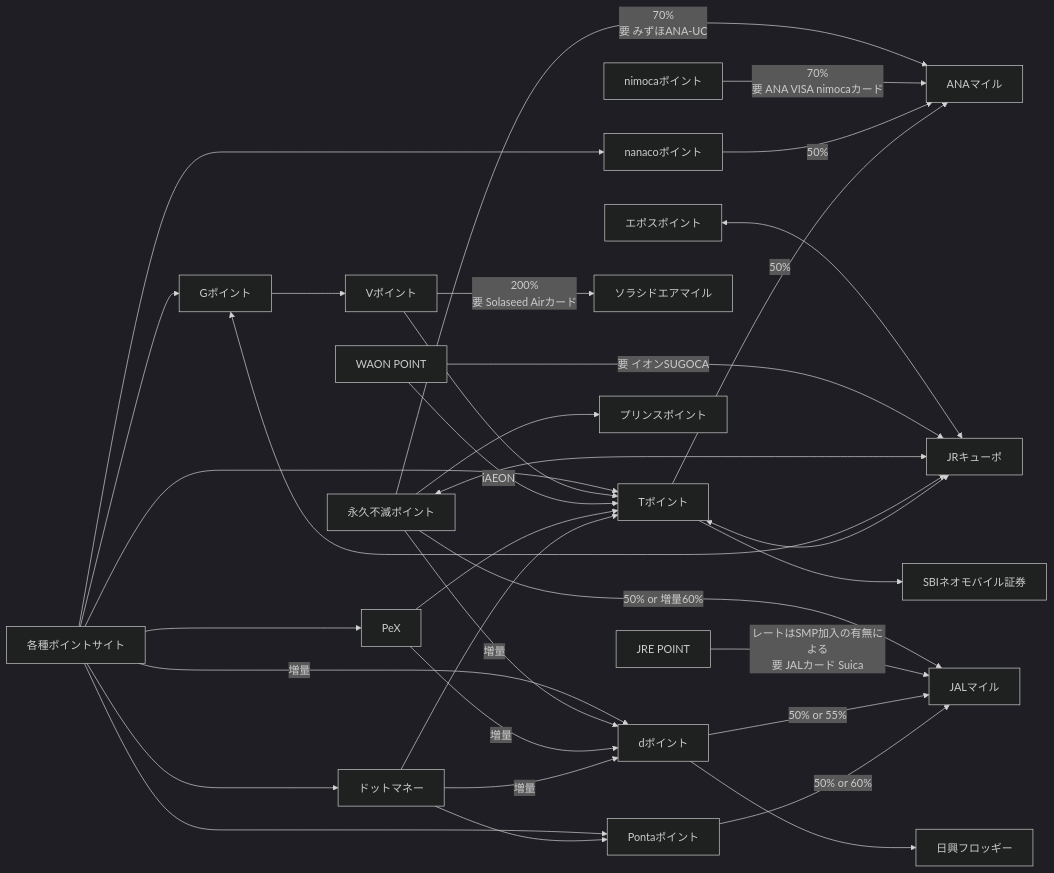
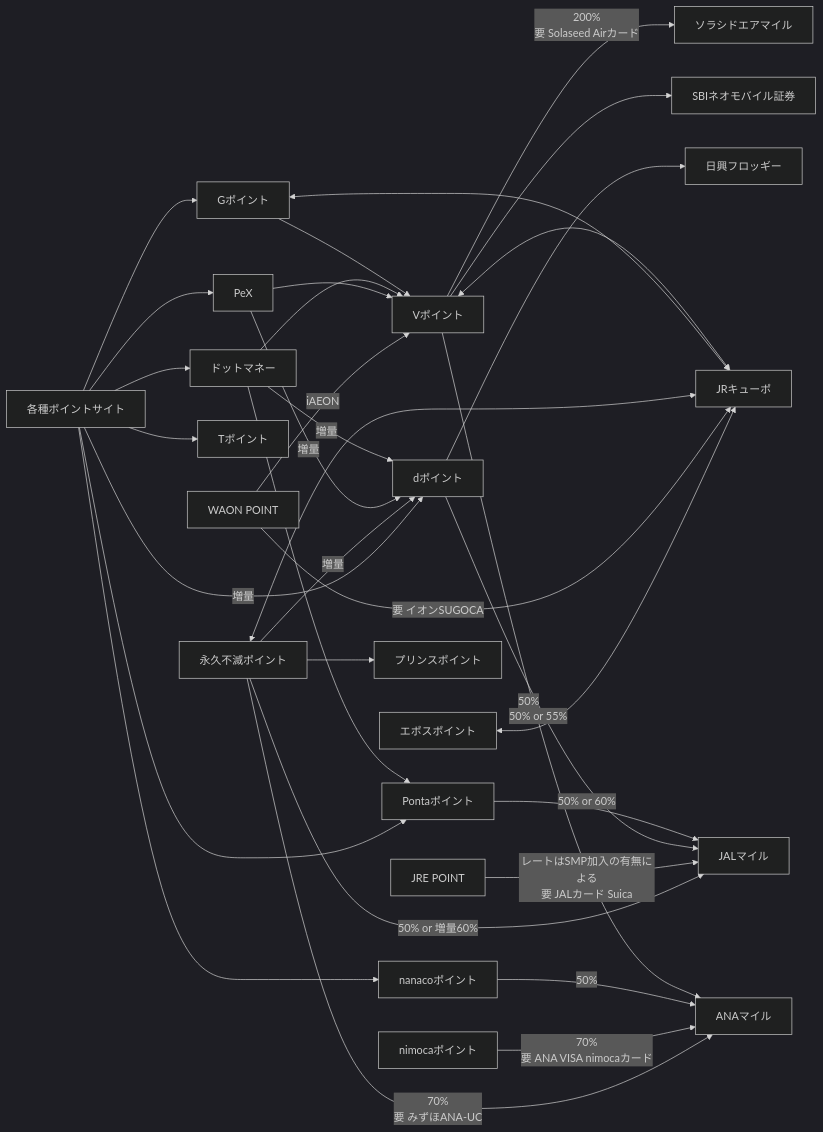
The diagram in README.md (hiroxto/point-flow), drawn with Mermaid (dark theme) before and after one commit.

Commit message:
fix: TポイントとVポイントを統合

````diff
--- a/README.md
+++ b/README.md
@@ -5,40 +5,39 @@
 ```mermaid
 flowchart LR
 
 各種ポイントサイト-->PeX
 各種ポイントサイト-->ドットマネー
 各種ポイントサイト-->Gポイント
 各種ポイントサイト-->|増量|dポイント
 各種ポイントサイト-->Pontaポイント
 各種ポイントサイト-->Tポイント
 各種ポイントサイト-->nanacoポイント
 
 Vポイント-->|200%\n要 Solaseed Airカード|ソラシドエアマイル
-Vポイント-->Tポイント
 エポスポイント<-->JRキューポ
 WAONP[WAON POINT]-->|要 イオンSUGOCA|JRキューポ
-WAONP-->|iAEON|Tポイント
+WAONP-->|iAEON|Vポイント
 永久不滅ポイント<-->JRキューポ
 永久不滅ポイント-->|50% or 増量60%|JALマイル
 永久不滅ポイント-->|70%\n要 みずほANA-UC|ANAマイル
 永久不滅ポイント-->|増量|dポイント
 永久不滅ポイント-->プリンスポイント
 JREP[JRE POINT]-->|レートはSMP加入の有無による\n要 JALカード Suica|JALマイル
 
-PeX-->Tポイント
+PeX-->Vポイント
 PeX-->|増量|dポイント
-ドットマネー-->Tポイント
+ドットマネー-->Vポイント
 ドットマネー-->|増量|dポイント
 ドットマネー-->Pontaポイント
 Gポイント-->Vポイント
 Gポイント<-->JRキューポ
 nimocaポイント-->|70%\n要 ANA VISA nimocaカード|ANAマイル
 
 nanacoポイント-->|50%|ANAマイル
-Tポイント-->|50%|ANAマイル
-Tポイント<-->JRキューポ
+Vポイント-->|50%|ANAマイル
+Vポイント<-->JRキューポ
 dポイント-->|50% or 55%|JALマイル
 Pontaポイント-->|50% or 60%|JALマイル
 dポイント-->日興フロッギー
-Tポイント-->SBIネオモバイル証券
+Vポイント-->SBIネオモバイル証券
 ```
````
